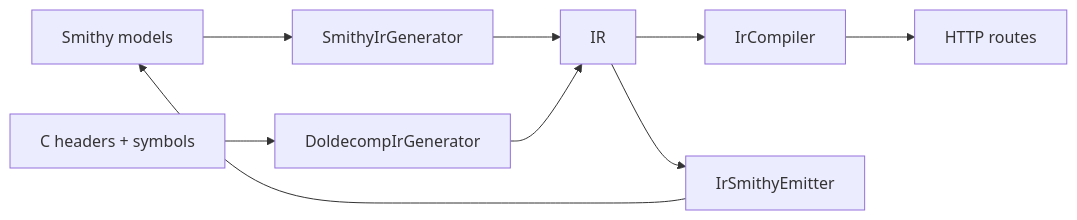
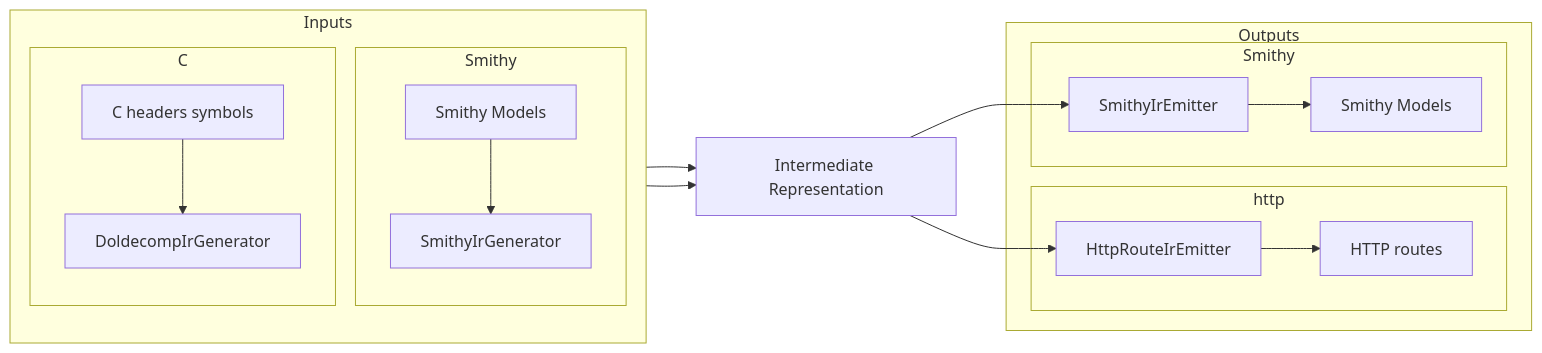
Before and after one commit to Jacoby6000/dap-http-generator: the diagram in AGENTS.md, drawn with Mermaid. The commit also changed other lines of this file and 10 other files, not shown here.

First line of the commit message:
Rename IrCompiler and IrSmithyEmitter; update architecture diagram

````diff
--- a/AGENTS.md
+++ b/AGENTS.md
@@ -29,7 +29,37 @@
 ```mermaid
+---
+config:
+  flowchart:
+    curve:
+---
+
 flowchart LR
-  Smithy["Smithy models"] --> SmithyIrGenerator --> IR
-  CHeaders["C headers + symbols"] --> DoldecompIrGenerator --> IR
-  IR --> IrCompiler --> Routes["HTTP routes"]
-  IR --> IrSmithyEmitter --> Smithy
+  SMIN["Smithy Models"]
+
+  subgraph Inputs
+    direction TD
+    subgraph smithyIn [Smithy]
+        SMIN --> SmithyIrGenerator
+    end
+    subgraph C
+        CHeaders["C headers symbols"] --> DoldecompIrGenerator
+    end
+  end
+
+  IR["Intermediate Representation"]
+
+  SmithyIrGenerator --> IR
+  DoldecompIrGenerator --> IR
+
+  IR --> HttpRouteIrEmitter
+  IR --> SmithyIrEmitter
+
+  subgraph Outputs
+    subgraph http
+        HttpRouteIrEmitter --> Routes["HTTP routes"]
+    end
+    subgraph smithyOut [Smithy]
+        SmithyIrEmitter --> SMOUT["Smithy Models"]
+    end
+  end
 ```
````
